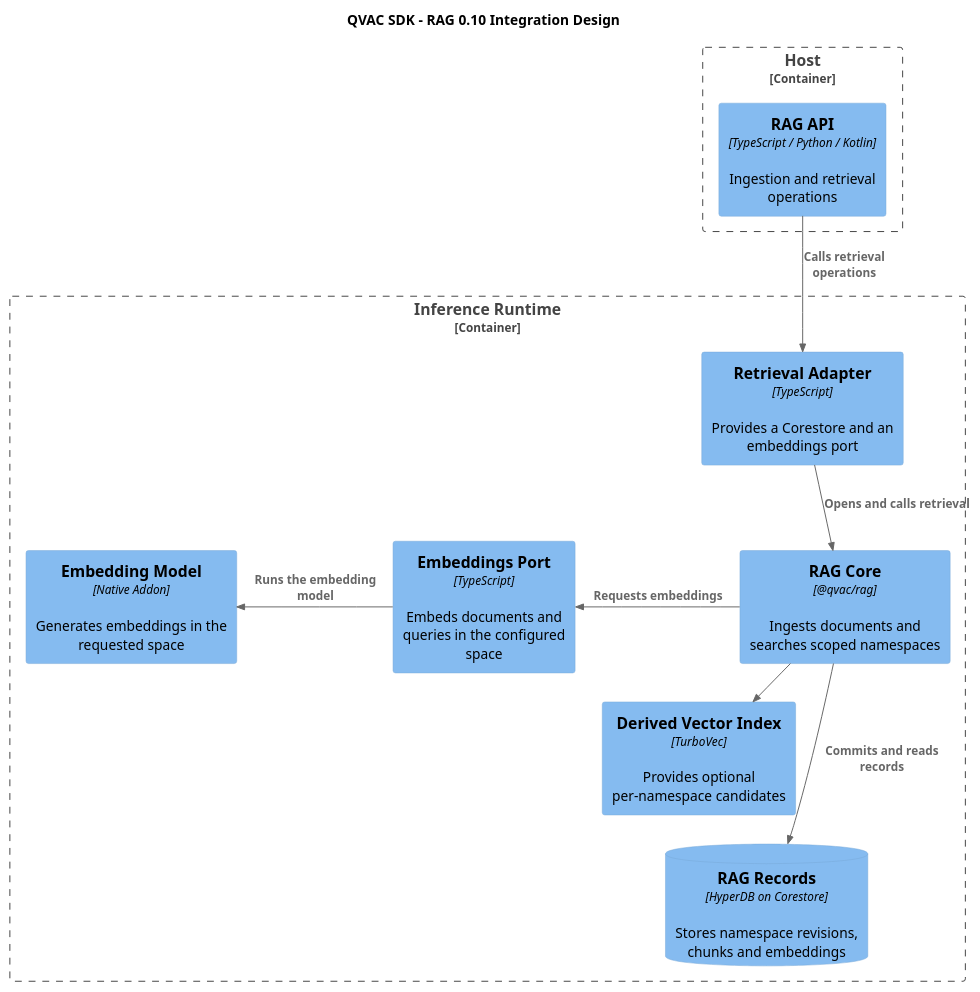
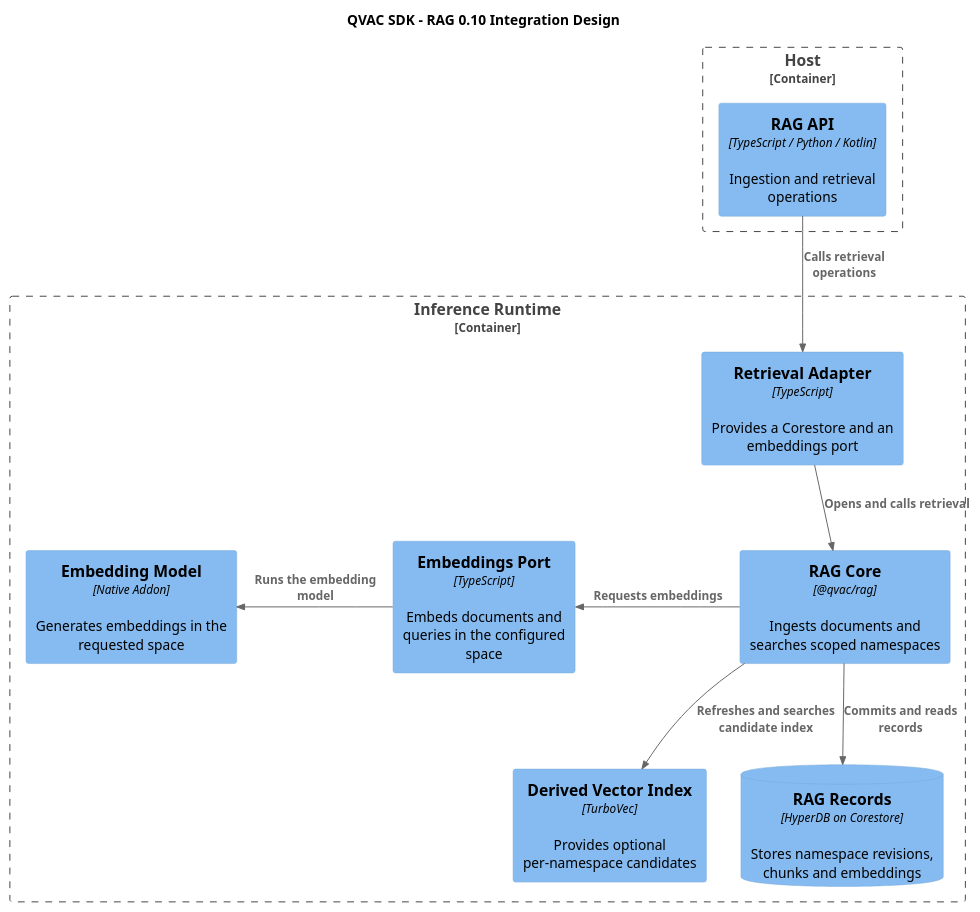
The diagram in docs/architecture/puml/10-rag-components.puml (tetherto/qvac), drawn with PlantUML before and after one commit. The commit also changed 10 other files, not shown here.

Commit message:
doc[notask]: clarify SDK architecture boundaries and flows

```diff
--- a/docs/architecture/puml/10-rag-components.puml
+++ b/docs/architecture/puml/10-rag-components.puml
@@ -1,28 +1,27 @@
 @startuml
 !include <C4/C4_Component>
 HIDE_STEREOTYPE()
 
 title QVAC SDK - RAG 0.10 Integration Design
 
 Container_Boundary(host, "Host") {
     Component(rag_api, "RAG API", "TypeScript / Python / Kotlin", "Ingestion and retrieval operations")
 }
 
 Container_Boundary(engine, "Inference Runtime") {
     Component(adapter, "Retrieval Adapter", "TypeScript", "Provides a Corestore and an embeddings port")
     Component(embeddings, "Embeddings Port", "TypeScript", "Embeds documents and queries in the configured space")
     Component(embed, "Embedding Model", "Native Addon", "Generates embeddings in the requested space")
     Component(rag, "RAG Core", "@qvac/rag", "Ingests documents and searches scoped namespaces")
     Component(index, "Derived Vector Index", "TurboVec", "Provides optional per-namespace candidates")
     ComponentDb(hyperdb, "RAG Records", "HyperDB on Corestore", "Stores namespace revisions, chunks and embeddings")
 }
 
 Rel_D(rag_api, adapter, "Calls retrieval operations")
 Rel_D(adapter, rag, "Opens and calls retrieval")
 Rel_L(rag, embeddings, "Requests embeddings")
 Rel_L(embeddings, embed, "Runs the embedding model")
 Rel_D(rag, hyperdb, "Commits and reads records")
-Rel_R(rag, index, "Refreshes and searches candidate index")
+Rel_D(rag, index, "Refreshes and searches candidate index")
 
-Lay_L(hyperdb, index)
 @enduml
```
